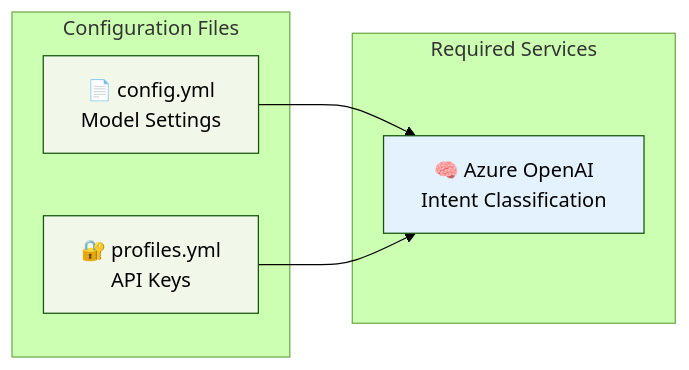
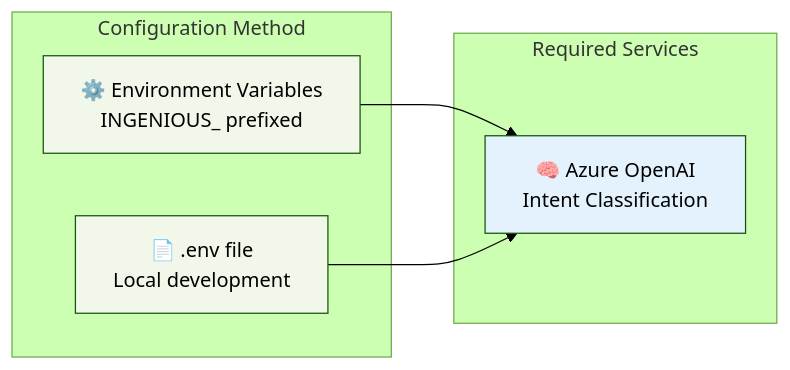
Before and after one commit to the-ingenious-dark-knight/Insight_Ingenious: the sixth of 10 diagrams in docs/workflows/README.md, drawn with Mermaid (forest theme). The commit also changed other lines of this file and 3 other files, not shown here.

Commit message:
chore: update documentation for configuration methods and workflow requirements, including environment variable usage

````diff
--- a/docs/workflows/README.md
+++ b/docs/workflows/README.md
@@ -255,20 +255,20 @@
 ```mermaid
 graph LR
     subgraph "Required Services"
         AZURE_OPENAI[🧠 Azure OpenAI<br/>Intent Classification]
     end
 
-    subgraph "Configuration Files"
-        CONFIG[📄 config.yml<br/>Model Settings]
-        PROFILES[🔐 profiles.yml<br/>API Keys]
+    subgraph "Configuration Method"
+        ENV_VARS[⚙️ Environment Variables<br/>INGENIOUS_ prefixed]
+        ENV_FILE[📄 .env file<br/>Local development]
     end
 
-    CONFIG --> AZURE_OPENAI
-    PROFILES --> AZURE_OPENAI
+    ENV_VARS --> AZURE_OPENAI
+    ENV_FILE --> AZURE_OPENAI
 
     classDef service fill:#e3f2fd
     classDef config fill:#f1f8e9
 
     class AZURE_OPENAI service
-    class CONFIG,PROFILES config
+    class ENV_VARS,ENV_FILE config
 ```
````
